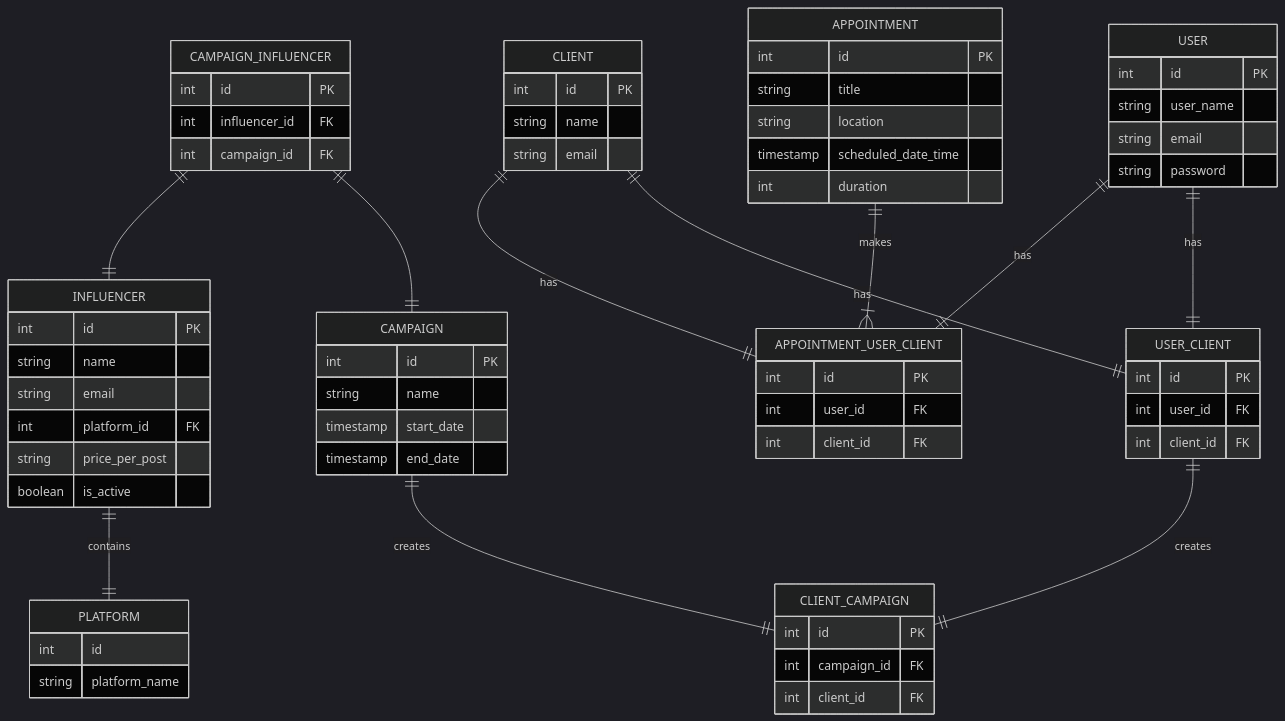
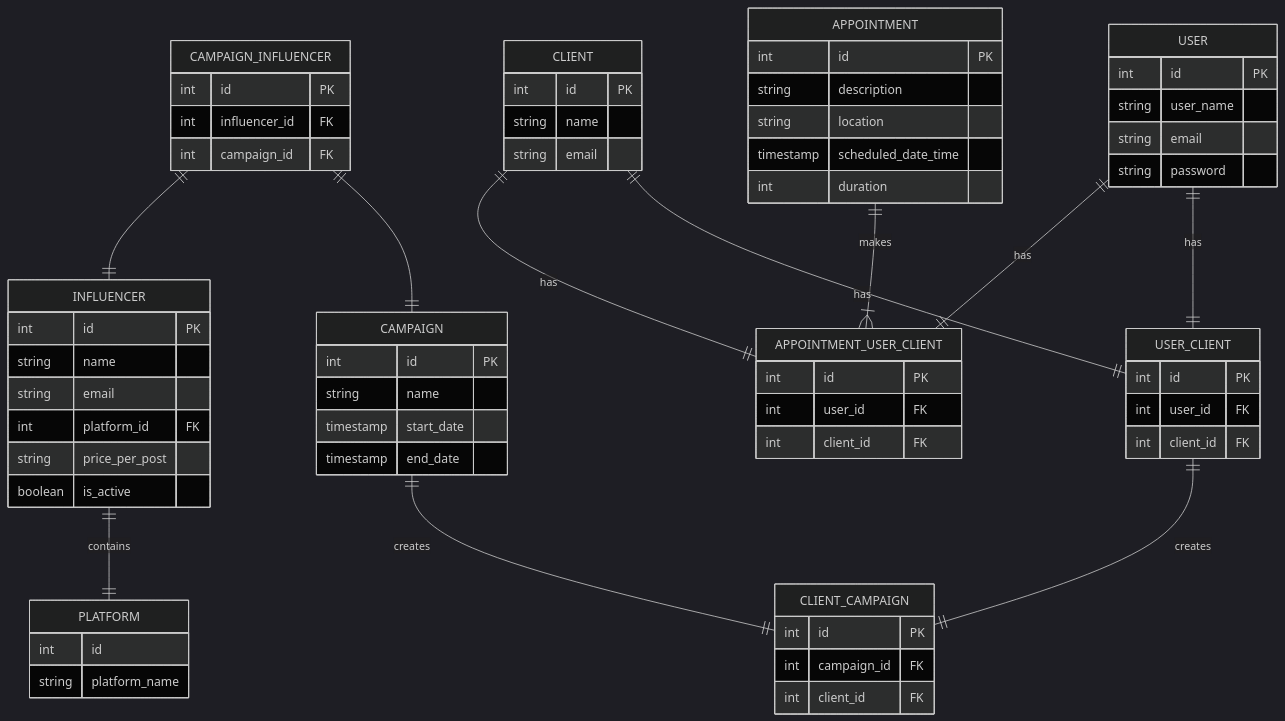
One commit to ConorPMullan/swim-marketing changed the second of 2 diagrams in README.md. Above: the diagram before and after it, drawn with Mermaid. The commit also changed other lines of this file, not shown here.

````diff
--- a/README.md
+++ b/README.md
@@ -52,72 +52,72 @@
 ```mermaid
 %%{init: {'theme': 'dark' } }%%
 
 erDiagram
     USER {
         int id PK
         string user_name
         string email
         string password
     }
     USER_CLIENT {
         int id PK
         int user_id FK
         int client_id FK
     }
     CLIENT {
         int id PK
         string name
         string email
     }
     CLIENT_CAMPAIGN {
         int id PK
         int campaign_id FK
         int client_id FK
     }
     CAMPAIGN {
         int id PK
         string name
         timestamp start_date
         timestamp end_date
     }
     CAMPAIGN_INFLUENCER {
         int id PK
         int influencer_id FK
         int campaign_id FK
     }
     INFLUENCER {
         int id PK
         string name
         string email
         int platform_id FK
         string price_per_post
         boolean is_active
     }
     PLATFORM {
         int id
         string platform_name
     }
-        APPOINTMENT{
+    APPOINTMENT{
         int id PK
-        string title
+        string description
         string location
         timestamp scheduled_date_time
         int duration
     }
     APPOINTMENT_USER_CLIENT {
         int id PK
         int user_id FK
         int client_id FK
     }
     USER ||--|| USER_CLIENT: "has"
     CLIENT ||--|| USER_CLIENT: "has"
     USER ||--|| APPOINTMENT_USER_CLIENT: "has"
     CLIENT ||--|| APPOINTMENT_USER_CLIENT: "has"
     USER_CLIENT ||--|| CLIENT_CAMPAIGN : "creates"
     CAMPAIGN ||--|| CLIENT_CAMPAIGN : "creates"
     APPOINTMENT ||--|{ APPOINTMENT_USER_CLIENT : "makes"
     CAMPAIGN_INFLUENCER ||--|| CAMPAIGN : ""
     CAMPAIGN_INFLUENCER ||--|| INFLUENCER : ""
     INFLUENCER ||--|| PLATFORM : "contains"
 
 ```
````
